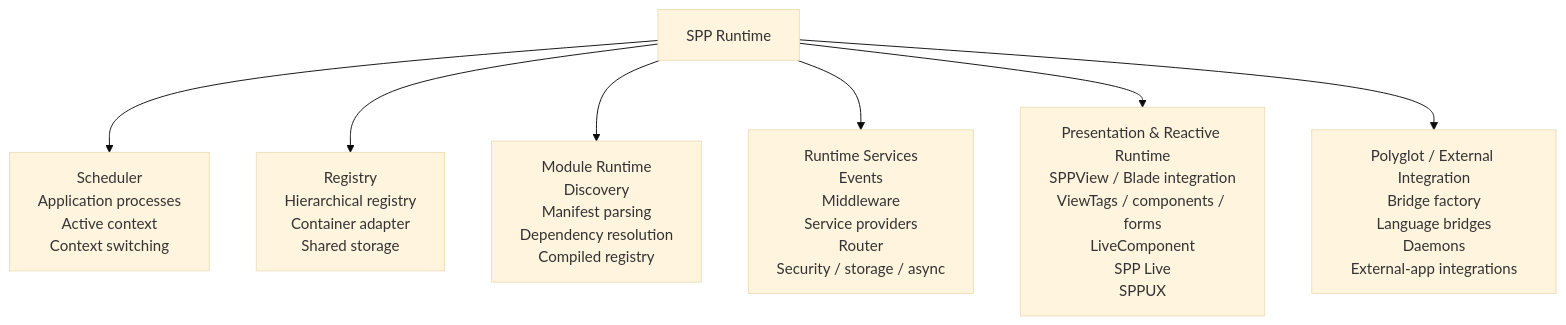
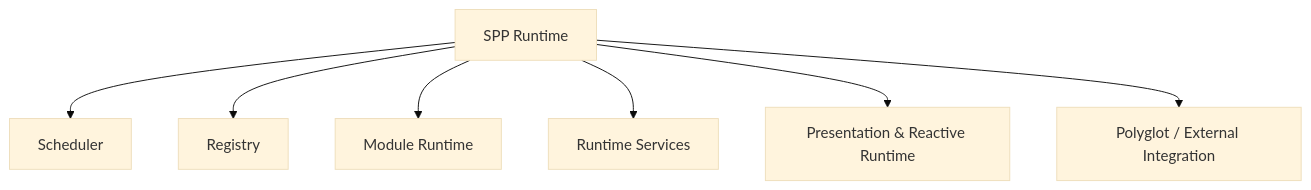
Before and after one commit to shuklasp/spp: the first of 2 diagrams in documentation/handbook/01-getting-started.md, drawn with Mermaid (base theme). The commit also changed other lines of this file, not shown here.

Commit message:
fix: correct and simplify Mermaid diagrams in handbook foundations

````diff
--- a/documentation/handbook/01-getting-started.md
+++ b/documentation/handbook/01-getting-started.md
@@ -13,16 +13,17 @@
 ```mermaid
 flowchart TB
     R[SPP Runtime]
-    S[Scheduler\nApplication processes\nActive context\nContext switching]
-    G[Registry\nHierarchical registry\nContainer adapter\nShared storage]
-    M[Module Runtime\nDiscovery\nManifest parsing\nDependency resolution\nCompiled registry]
-    X[Runtime Services\nEvents\nMiddleware\nService providers\nRouter\nSecurity / storage / async]
-    P[Presentation & Reactive Runtime\nSPPView / Blade integration\nViewTags / components / forms\nLiveComponent\nSPP Live\nSPPUX]
-    Y[Polyglot / External Integration\nBridge factory\nLanguage bridges\nDaemons\nExternal-app integrations]
+    S[Scheduler]
+    G[Registry]
+    M[Module Runtime]
+    X[Runtime Services]
+    P[Presentation & Reactive Runtime]
+    Y[Polyglot / External Integration]
+
     R --> S
     R --> G
     R --> M
     R --> X
     R --> P
     R --> Y
 ```
````
